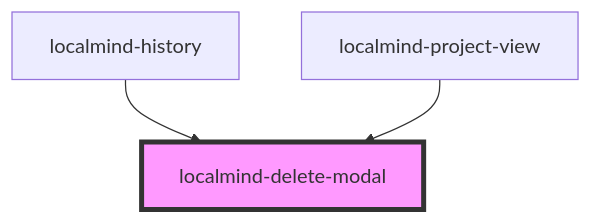
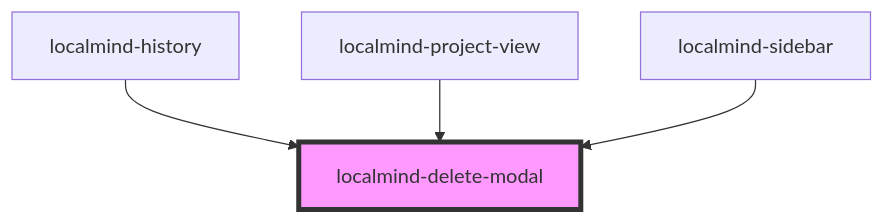
Before and after one commit to JoyGHub/LocalMind: the diagram in src/components/localmind-delete-modal/readme.md, drawn with Mermaid. The commit also changed other lines of this file and 11 other files, not shown here.

````diff
--- a/src/components/localmind-delete-modal/readme.md
+++ b/src/components/localmind-delete-modal/readme.md
@@ -60,6 +63,7 @@
 ```mermaid
 graph TD;
   localmind-history --> localmind-delete-modal
   localmind-project-view --> localmind-delete-modal
+  localmind-sidebar --> localmind-delete-modal
   style localmind-delete-modal fill:#f9f,stroke:#333,stroke-width:4px
 ```
````
